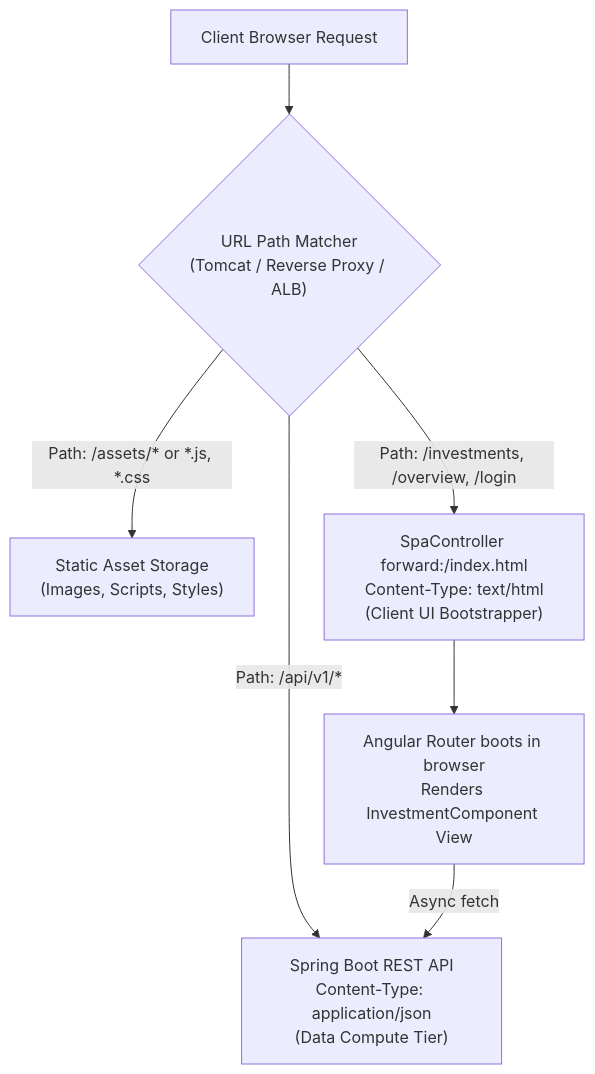
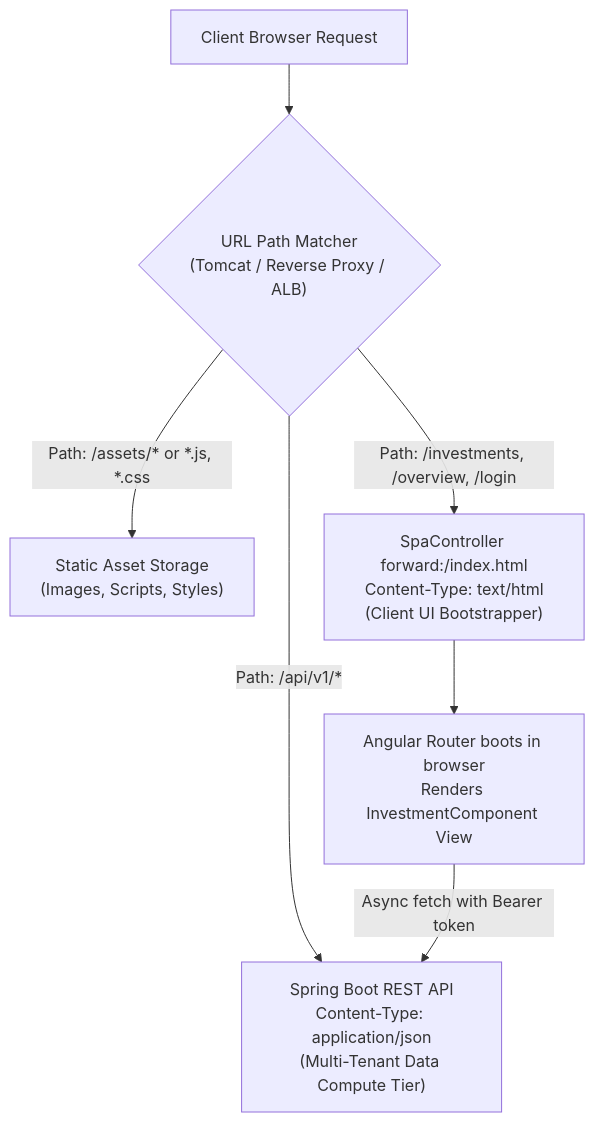
Before and after one commit to firojm57/mio-wealth: the first of 2 diagrams in docs/api-design-and-swagger.md, drawn with Mermaid. The commit also changed other lines of this file and 49 other files, not shown here.

````diff
--- a/docs/api-design-and-swagger.md
+++ b/docs/api-design-and-swagger.md
@@ -14,11 +11,11 @@
 ```mermaid
 graph TD
     Client["Client Browser Request"] --> Router{"URL Path Matcher<br/>(Tomcat / Reverse Proxy / ALB)"}
 
-    Router -->|Path: /api/v1/*| API["Spring Boot REST API<br/>Content-Type: application/json<br/>(Data Compute Tier)"]
+    Router -->|Path: /api/v1/*| API["Spring Boot REST API<br/>Content-Type: application/json<br/>(Multi-Tenant Data Compute Tier)"]
     Router -->|Path: /assets/* or *.js, *.css| Static["Static Asset Storage<br/>(Images, Scripts, Styles)"]
     Router -->|Path: /investments, /overview, /login| SPA["SpaController forward:/index.html<br/>Content-Type: text/html<br/>(Client UI Bootstrapper)"]
 
     SPA --> Angular["Angular Router boots in browser<br/>Renders InvestmentComponent View"]
-    Angular -->|Async fetch| API
+    Angular -->|Async fetch with Bearer token| API
 ```
````
